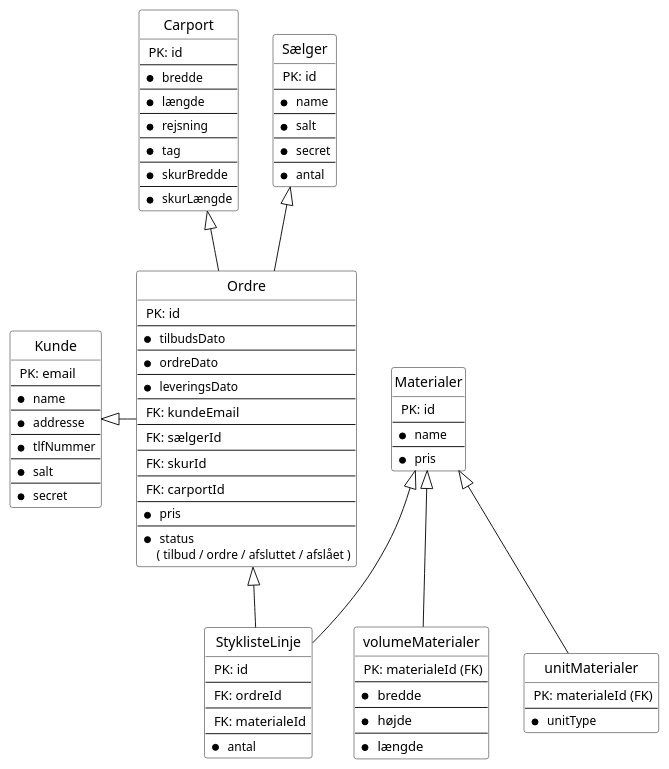
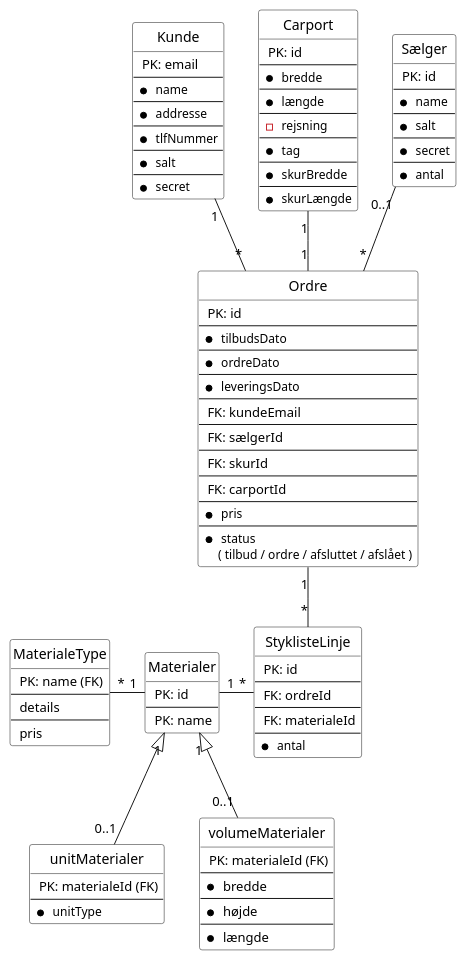
The second of 2 diagrams in src/main/Diagrammer/ER.puml (jensgelbek/Fog), drawn with PlantUML before and after one commit. The commit also changed 3 other files, not shown here.

```diff
--- a/src/main/Diagrammer/ER.puml
+++ b/src/main/Diagrammer/ER.puml
@@ -104,118 +104,125 @@
 @startuml
 
 skinparam wrapWidth 300
 
 hide circle
 hide empty members
 
 entity Kunde #White {
    <size:13> PK: email
    --
    * <size:12> name
    --
    * <size:12> addresse
    --
    * <size:12> tlfNummer
    --
    * <size:12> salt
    --
    * <size:12> secret
 }
 
 entity Carport #White {
    <size:13> PK: id
    --
    * <size:12> bredde
    --
    * <size:12> længde
    --
-   * <size:12> rejsning
+   - <size:12> rejsning
    --
    * <size:12> tag
    --
    * <size:12> skurBredde
    --
    * <size:12> skurLængde
 }
 
 
 entity Ordre  #White {
    <size:13> PK: id
    --
    * <size:12> tilbudsDato
    --
    * <size:12> ordreDato
    --
    * <size:12> leveringsDato
    --
    <size:13> FK: kundeEmail
    --
    <size:13> FK: sælgerId
    --
    <size:13> FK: skurId
    --
    <size:13> FK: carportId
    --
    * <size:12> pris
    --
    * <size:12> status
     <size:12>( tilbud / ordre / afsluttet / afslået )
 }
 
 entity unitMaterialer #White {
    <size:13> PK: materialeId (FK)
    --
    * <size:12> unitType
 }
 
 entity volumeMaterialer #White {
    <size:13> PK: materialeId (FK)
    --
    * <size:13> bredde
    --
    * <size:13> højde
    --
    * <size:13> længde
 }
 
 entity Materialer #White {
    <size:13> PK: id
    --
-   * <size:12> name
-   --
-   * <size:12> pris
+   <size:13> PK: name
+ }
+
+entity MaterialeType #White {
+ <size:13> PK: name (FK)
+ --
+ <size:13> details
+ --
+ <size:13> pris
 }
 
 entity StyklisteLinje #White {
    <size:13> PK: id
    --
   <size:13> FK: ordreId
    --
    <size:13> FK: materialeId
    --
    * <size:12> antal
 }
 
 entity Sælger #White {
    <size:13> PK: id
    --
    * <size:12> name
    --
    * <size:12> salt
    --
    * <size:12> secret
    --
    * <size:12> antal
 }
 
 
 
 
-Kunde <|- Ordre
-Sælger <|-- Ordre
-Carport <|-- Ordre
-Ordre <|-- StyklisteLinje
-Materialer <|-- StyklisteLinje
-Materialer <|-- volumeMaterialer
-Materialer <|-- unitMaterialer
+Kunde "1" -- "*" Ordre
+Sælger "0..1" -- "*" Ordre
+Carport "1" -- "1" Ordre
+Ordre "1" -- "*" StyklisteLinje
+Materialer "1" - "*" StyklisteLinje
+Materialer "1" <|-- "0..1" volumeMaterialer
+Materialer "1" <|-- "0..1" unitMaterialer
+MaterialeType "*" - "1" Materialer
 @enduml
```
